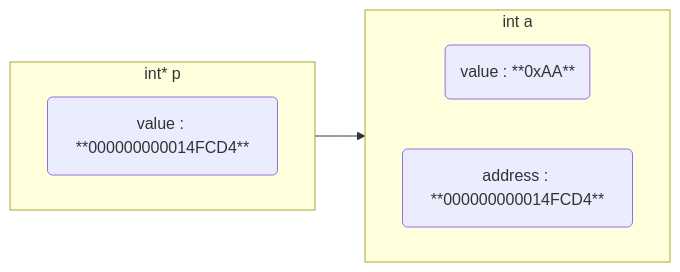
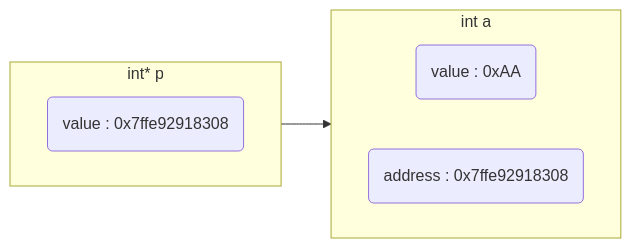
The fifth of 5 diagrams in _posts/language/c_c++/pointer/2022-01-08-指针.md (dmjcb/dmjcb.github.io), drawn with Mermaid before and after one commit. The commit also changed other lines of this file and 7 other files, not shown here.

````diff
--- a/_posts/language/c_c++/pointer/2022-01-08-指针.md
+++ b/_posts/language/c_c++/pointer/2022-01-08-指针.md
@@ -138,13 +173,13 @@
 ```mermaid
 graph LR;
     subgraph S1[int a]
         direction LR
-        V2(value : **0xAA**)
-        A2(address : **000000000014FCD4**)
+        V2(value : 0xAA)
+        A2(address : 0x7ffe92918308)
     end
     subgraph S2[int* p]
         direction LR
-        V1(value : **000000000014FCD4**)
+        V1(value : 0x7ffe92918308)
     end
-    V1-->A2
+    V1-->S1
 ```
````
